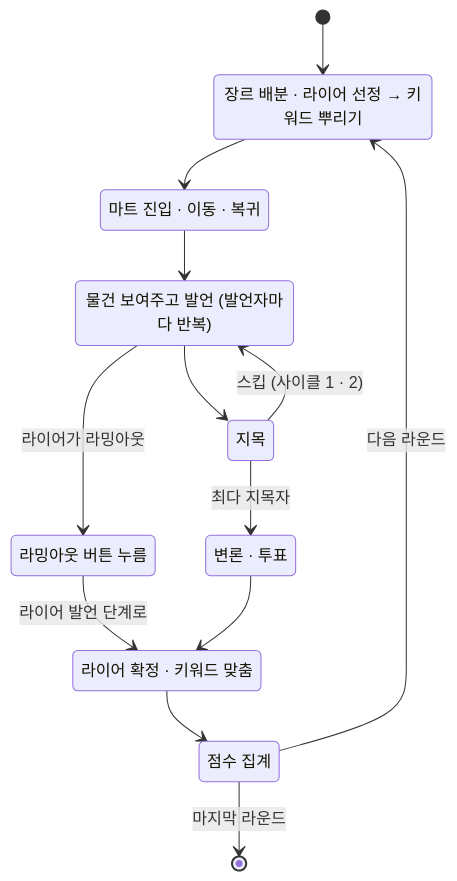
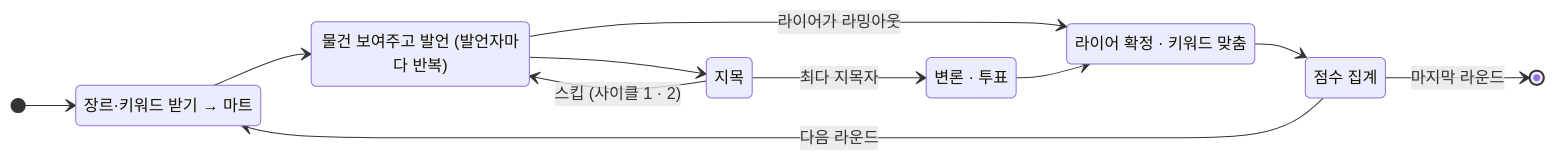
The fourth of 8 diagrams in src/IfIWasInMarket/IfIWasInMarket_기술문서.md (rlawlsdn77/portfolio), drawn with Mermaid before and after one commit. The commit also changed other lines of this file and 4 other files, not shown here.

````diff
--- a/src/IfIWasInMarket/IfIWasInMarket_기술문서.md
+++ b/src/IfIWasInMarket/IfIWasInMarket_기술문서.md
@@ -238,23 +223,20 @@
 ```mermaid
 stateDiagram-v2
-    state "장르 배분 · 라이어 선정 → 키워드 뿌리기" as GA
-    state "마트 진입 · 이동 · 복귀" as MA
+    direction LR
+    state "장르·키워드 받기 → 마트" as GA
     state "물건 보여주고 발언 (발언자마다 반복)" as SP
     state "지목" as PA
     state "변론 · 투표" as DV
-    state "라밍아웃 버튼 누름" as LO
     state "라이어 확정 · 키워드 맞춤" as LF
     state "점수 집계" as ST
     [*] --> GA
-    GA --> MA
-    MA --> SP
+    GA --> SP
     SP --> PA
     PA --> SP: 스킵 (사이클 1 · 2)
     PA --> DV: 최다 지목자
-    SP --> LO: 라이어가 라밍아웃
-    LO --> LF: 라이어 발언 단계로
+    SP --> LF: 라이어가 라밍아웃
     DV --> LF
     LF --> ST
     ST --> GA: 다음 라운드
     ST --> [*]: 마지막 라운드
 ```
````
